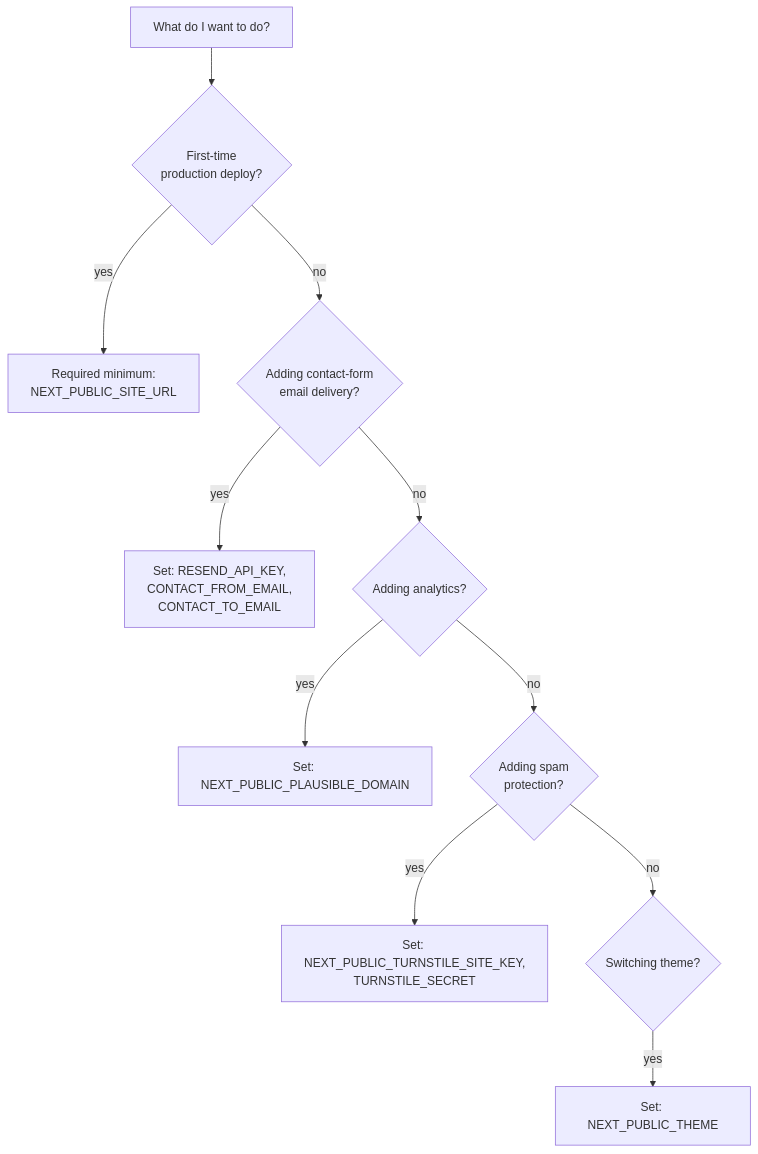
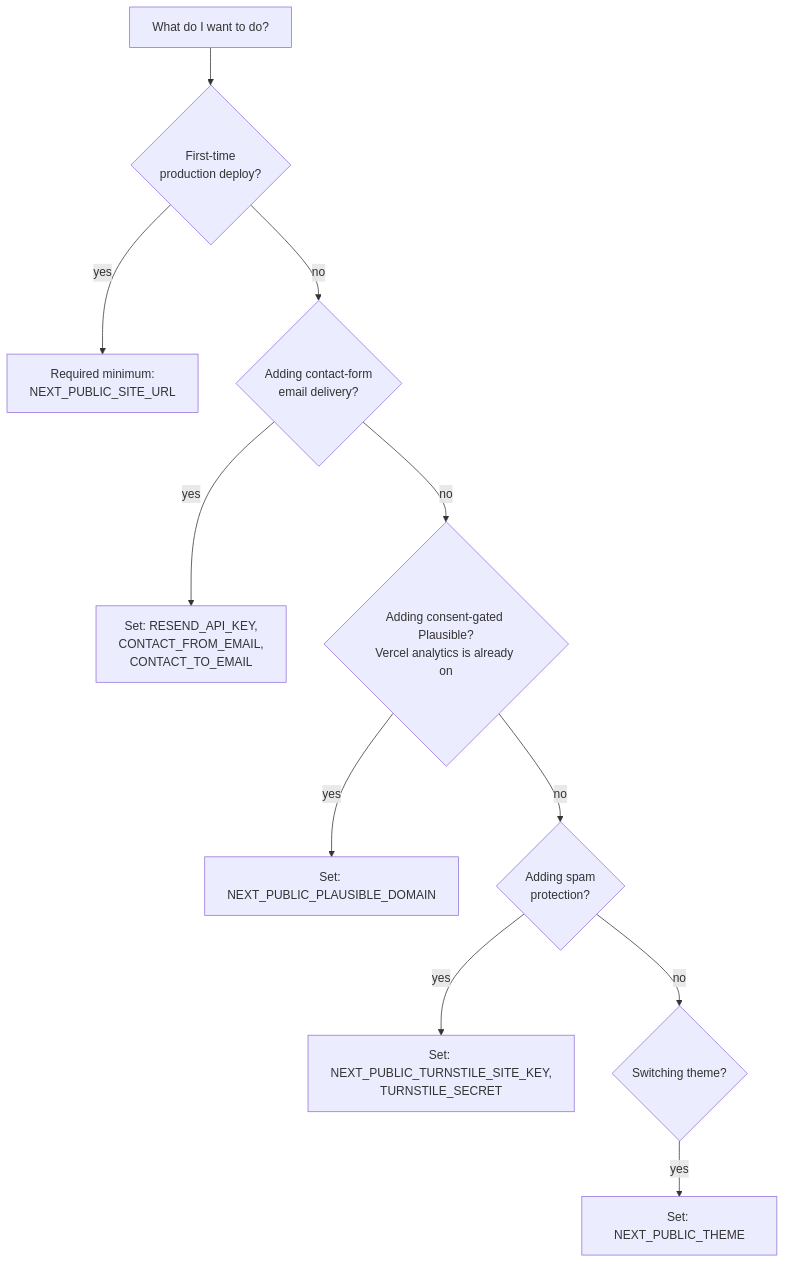
The diagram in docs/reference/env-vars.md (beshoyrmansour/montana-company-portfolio), drawn with Mermaid before and after one commit. The commit also changed other lines of this file and 10 other files, not shown here.

Commit message:
feat: update cookie and privacy policies to reflect Vercel Web Analytics integration and improve clarity

````diff
--- a/docs/reference/env-vars.md
+++ b/docs/reference/env-vars.md
@@ -100,13 +104,13 @@
 ```mermaid
 flowchart TB
     Start[What do I want to do?] --> A{First-time<br/>production deploy?}
     A -->|yes| MinSet[Required minimum:<br/>NEXT_PUBLIC_SITE_URL]
     A -->|no| B{Adding contact-form<br/>email delivery?}
     B -->|yes| Email[Set: RESEND_API_KEY,<br/>CONTACT_FROM_EMAIL,<br/>CONTACT_TO_EMAIL]
-    B -->|no| C{Adding analytics?}
+    B -->|no| C{Adding consent-gated Plausible?<br/>Vercel analytics is already on}
     C -->|yes| Plau[Set: NEXT_PUBLIC_PLAUSIBLE_DOMAIN]
     C -->|no| D{Adding spam<br/>protection?}
     D -->|yes| Tur[Set: NEXT_PUBLIC_TURNSTILE_SITE_KEY,<br/>TURNSTILE_SECRET]
     D -->|no| E{Switching theme?}
     E -->|yes| Th[Set: NEXT_PUBLIC_THEME]
 ```
````
